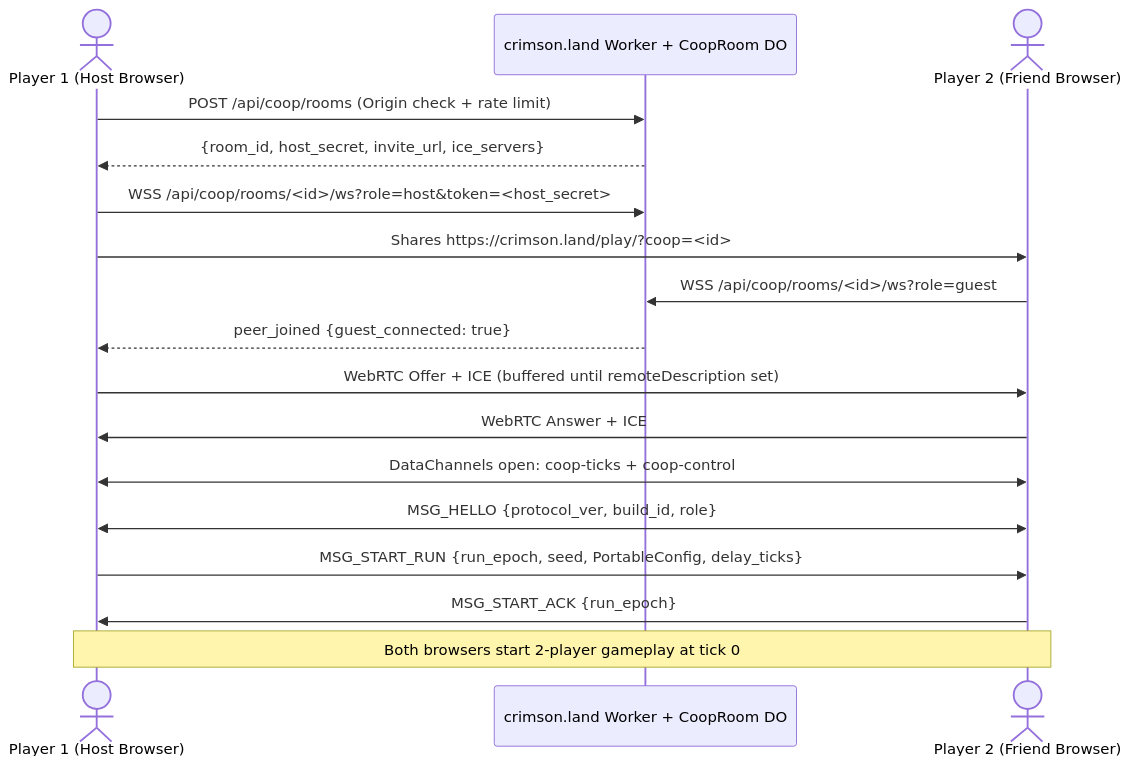
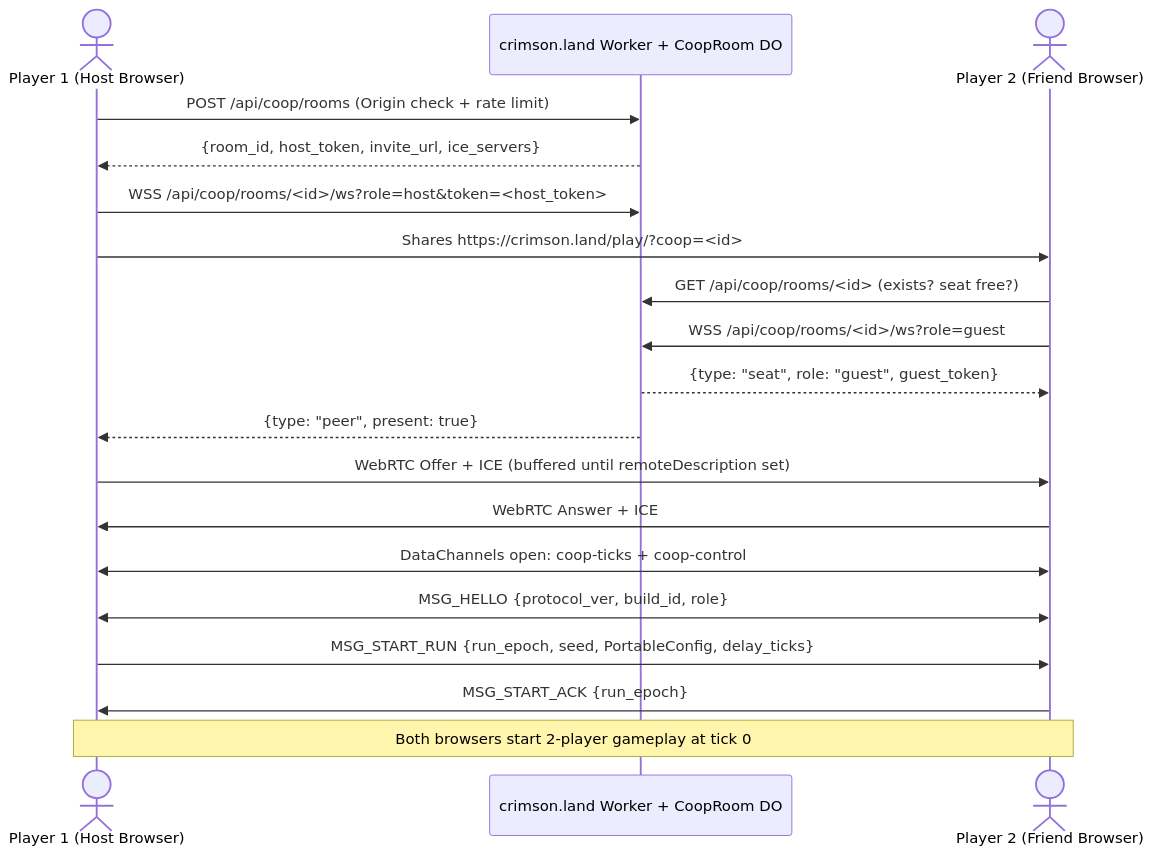
Before and after one commit to banteg/crimson: the diagram in docs/rewrite/network-coop.md, drawn with Mermaid. The commit also changed other lines of this file and 6 other files, not shown here.

````diff
--- a/docs/rewrite/network-coop.md
+++ b/docs/rewrite/network-coop.md
@@ -910,20 +910,22 @@
 ```mermaid
 sequenceDiagram
     actor Host as Player 1 (Host Browser)
     participant Worker as crimson.land Worker + CoopRoom DO
     actor Guest as Player 2 (Friend Browser)
 
     Host->>Worker: POST /api/coop/rooms (Origin check + rate limit)
-    Worker-->>Host: {room_id, host_secret, invite_url, ice_servers}
-    Host->>Worker: WSS /api/coop/rooms/<id>/ws?role=host&token=<host_secret>
+    Worker-->>Host: {room_id, host_token, invite_url, ice_servers}
+    Host->>Worker: WSS /api/coop/rooms/<id>/ws?role=host&token=<host_token>
     Host->>Guest: Shares https://crimson.land/play/?coop=<id>
+    Guest->>Worker: GET /api/coop/rooms/<id> (exists? seat free?)
     Guest->>Worker: WSS /api/coop/rooms/<id>/ws?role=guest
-    Worker-->>Host: peer_joined {guest_connected: true}
+    Worker-->>Guest: {type: "seat", role: "guest", guest_token}
+    Worker-->>Host: {type: "peer", present: true}
     Host->>Guest: WebRTC Offer + ICE (buffered until remoteDescription set)
     Guest->>Host: WebRTC Answer + ICE
     Host<<->>Guest: DataChannels open: coop-ticks + coop-control
     Host<<->>Guest: MSG_HELLO {protocol_ver, build_id, role}
     Host->>Guest: MSG_START_RUN {run_epoch, seed, PortableConfig, delay_ticks}
     Guest->>Host: MSG_START_ACK {run_epoch}
     Note over Host,Guest: Both browsers start 2-player gameplay at tick 0
 ```
````
